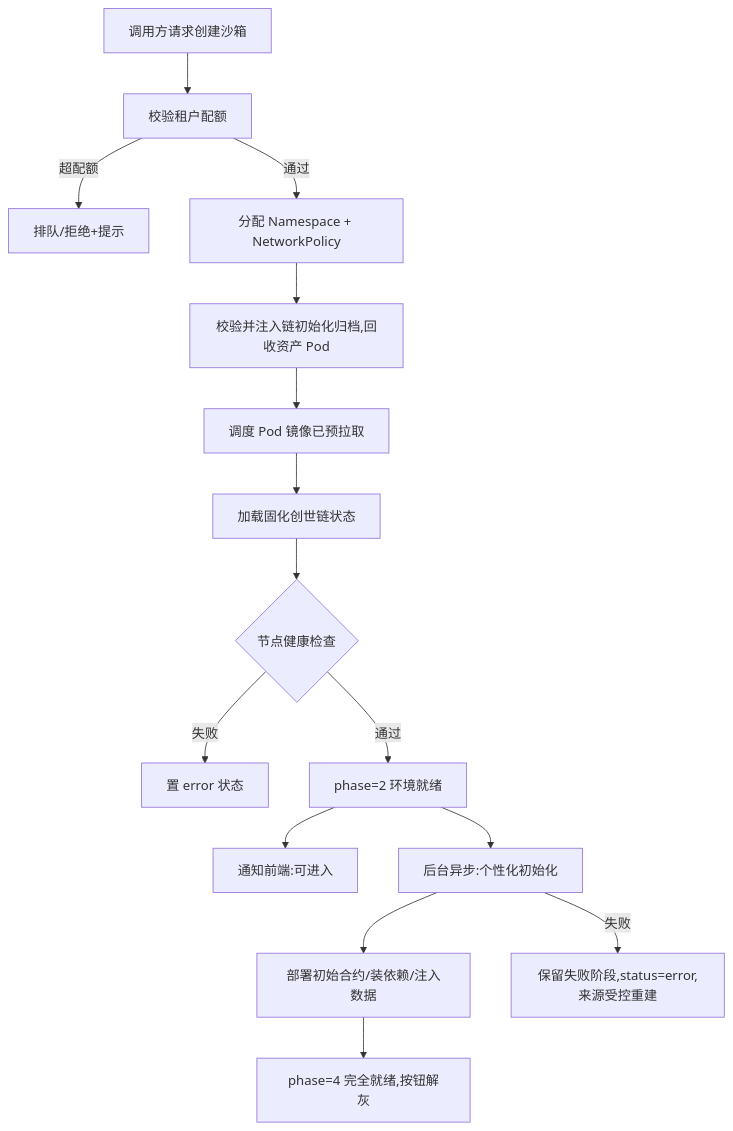
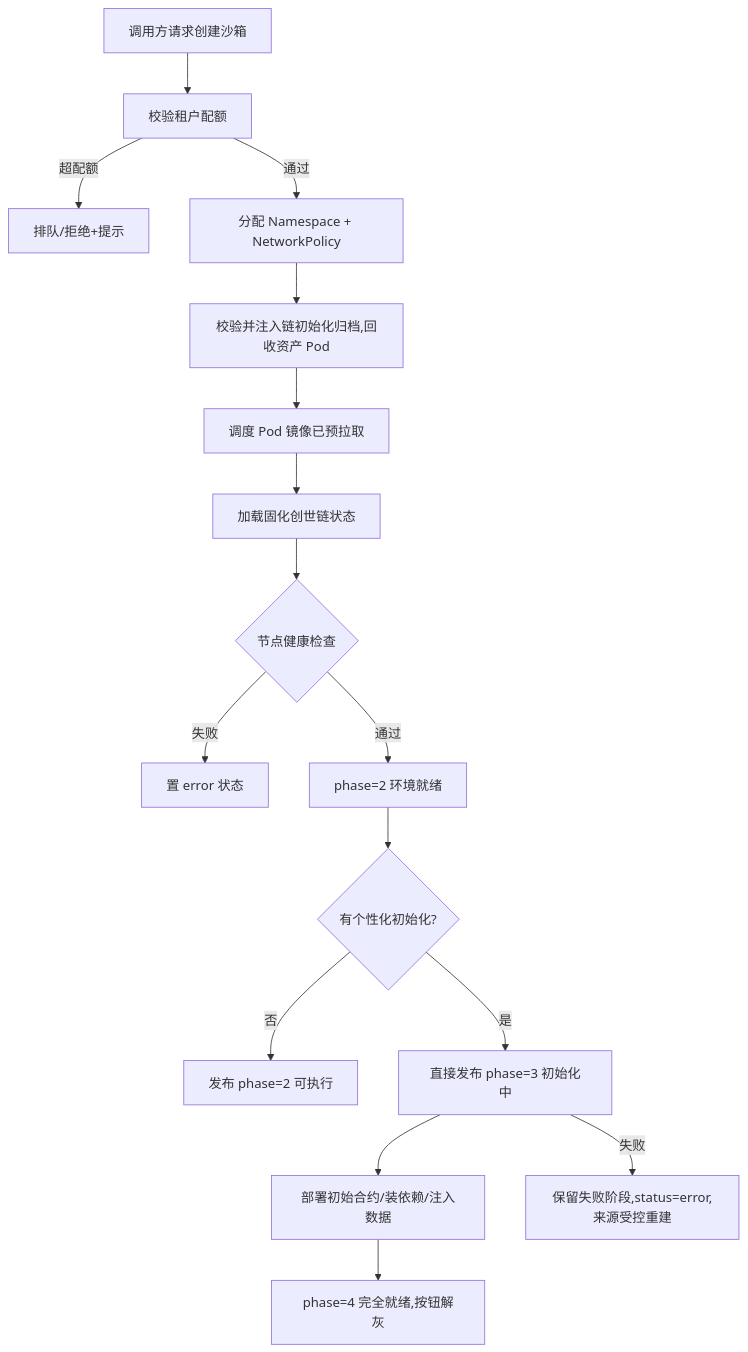
The first of 7 diagrams in docs/02-沙箱引擎/05-业务流程与状态机.md (menghuishisan/CHAIMIR), drawn with Mermaid before and after one commit. The commit also changed other lines of this file and 340 other files, not shown here.

````diff
--- a/docs/02-沙箱引擎/05-业务流程与状态机.md
+++ b/docs/02-沙箱引擎/05-业务流程与状态机.md
@@ -10,17 +10,18 @@
 ```mermaid
 flowchart TD
     A[调用方请求创建沙箱] --> B[校验租户配额]
     B -->|超配额| Z[排队/拒绝+提示]
     B -->|通过| C[分配 Namespace + NetworkPolicy]
     C --> P[校验并注入链初始化归档,回收资产 Pod]
     P --> D[调度 Pod 镜像已预拉取]
     D --> E[加载固化创世链状态]
     E --> F{节点健康检查}
     F -->|失败| ERR[置 error 状态]
     F -->|通过| G[phase=2 环境就绪]
-    G --> H[通知前端:可进入]
-    G --> I[后台异步:个性化初始化]
+    G --> H{有个性化初始化?}
+    H -->|否| READY[发布 phase=2 可执行]
+    H -->|是| I[直接发布 phase=3 初始化中]
     I --> J[部署初始合约/装依赖/注入数据]
     J --> K[phase=4 完全就绪,按钮解灰]
     I -->|失败| E2[保留失败阶段,status=error,来源受控重建]
 ```
````
